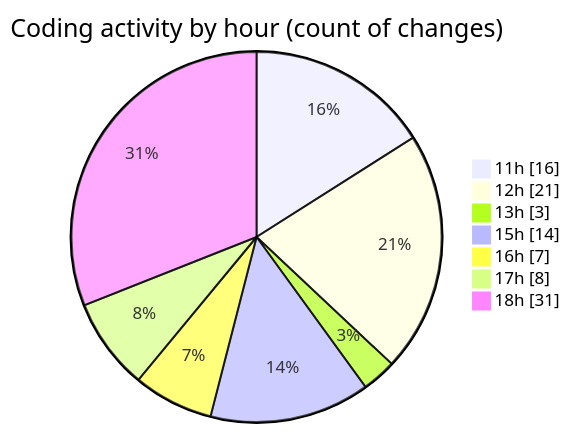
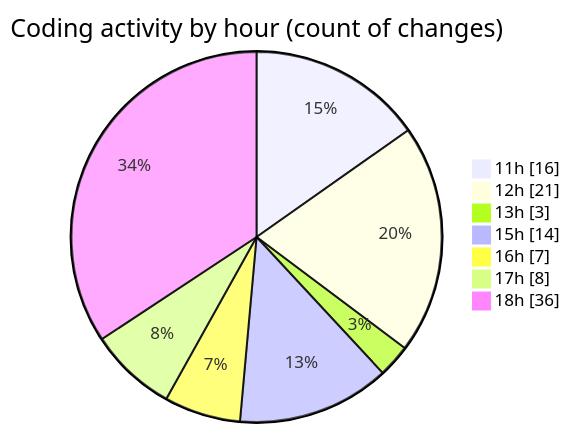
The second of 2 diagrams in 2025-09-30/nxtqube_webapp/README.md (nxtqubesakshisongat/code-tracking), drawn with Mermaid before and after one commit. The commit also changed other lines of this file and 1 other file, not shown here.

````diff
--- a/2025-09-30/nxtqube_webapp/README.md
+++ b/2025-09-30/nxtqube_webapp/README.md
@@ -34,11 +34,11 @@
 ```mermaid
 pie showData
 title Coding activity by hour (count of changes)
 "11h" : 16
 "12h" : 21
 "13h" : 3
 "15h" : 14
 "16h" : 7
 "17h" : 8
-"18h" : 31
+"18h" : 36
 ```
````
